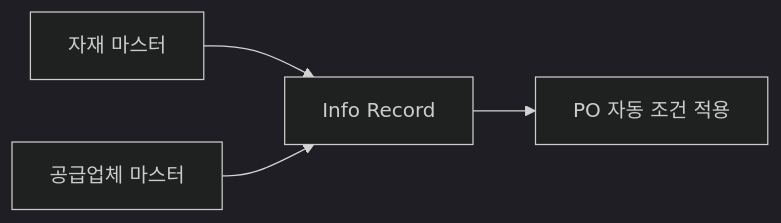
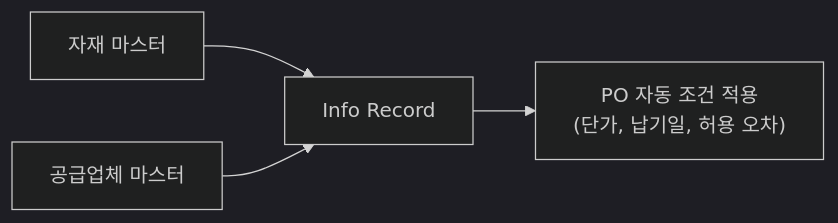
Before and after one commit to jhmin1993/mm: the first of 2 diagrams in docs/_master-data/03-purchasing-info.md, drawn with Mermaid (dark theme). The commit also changed other lines of this file and 4 other files, not shown here.

````diff
--- a/docs/_master-data/03-purchasing-info.md
+++ b/docs/_master-data/03-purchasing-info.md
@@ -13,6 +21,6 @@
 ```mermaid
 flowchart LR
     A["자재 마스터"] --> C["Info Record"]
     B["공급업체 마스터"] --> C
-    C --> D["PO 자동 조건 적용"]
+    C --> D["PO 자동 조건 적용\n(단가, 납기일, 허용 오차)"]
 ```
````
